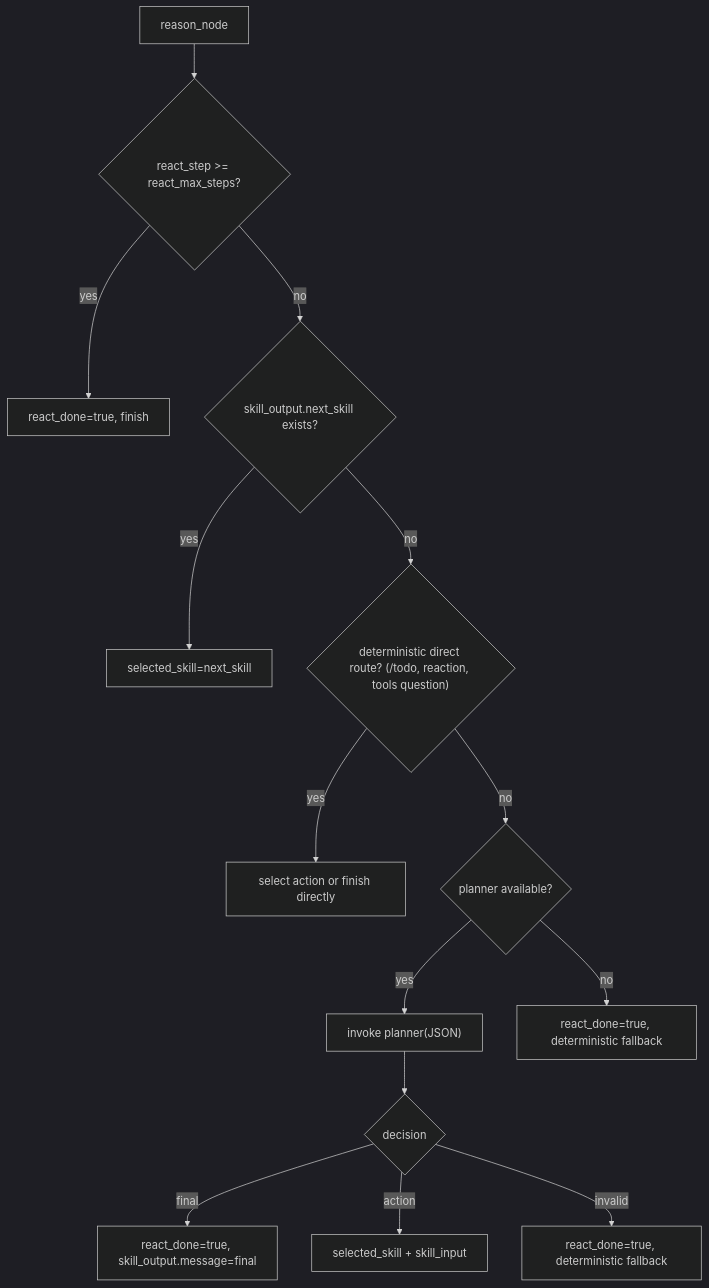
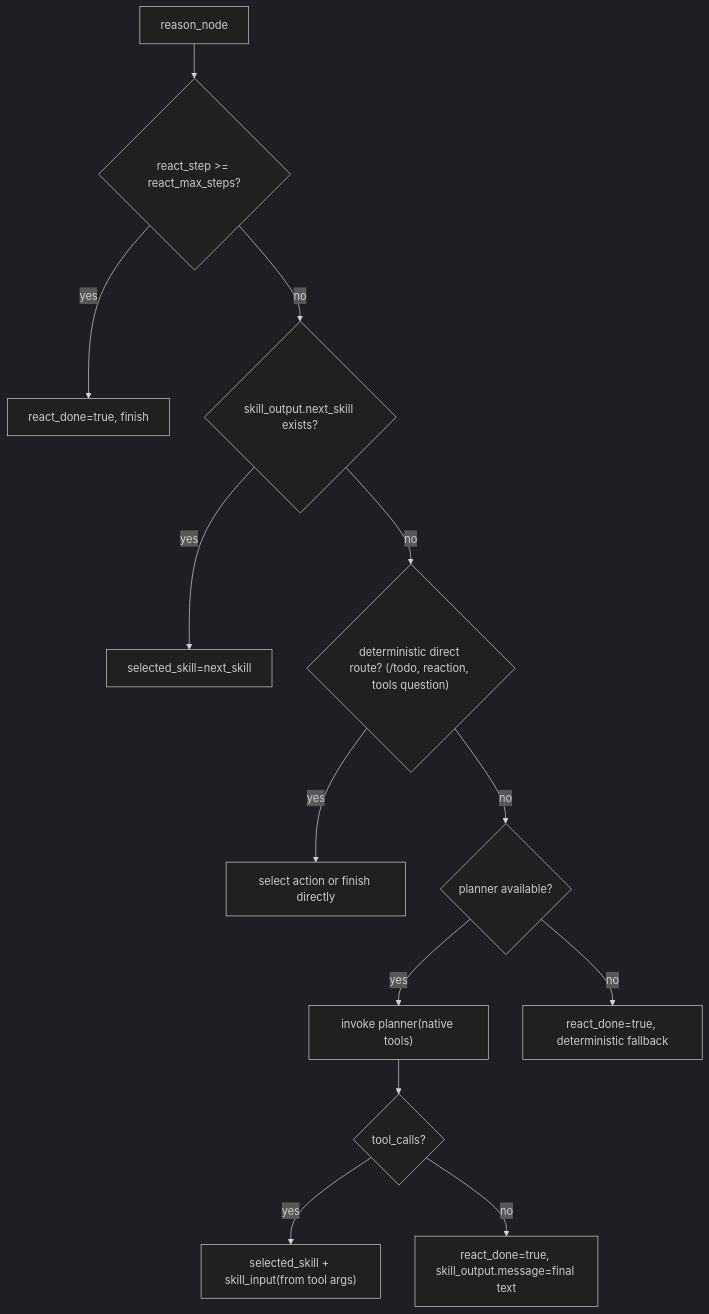
Before and after one commit to nigelleong0703/teambot: the second of 2 diagrams in docs/agent-core-algorithm.md, drawn with Mermaid (dark theme). The commit also changed other lines of this file and 15 other files, not shown here.

Commit message:
refactor: implement native model tool-calling path

````diff
--- a/docs/agent-core-algorithm.md
+++ b/docs/agent-core-algorithm.md
@@ -46,16 +46,15 @@
 ```mermaid
 flowchart TD
     R0["reason_node"] --> R1{"react_step >= react_max_steps?"}
     R1 -- "yes" --> R1D["react_done=true, finish"]
     R1 -- "no" --> R2{"skill_output.next_skill exists?"}
     R2 -- "yes" --> R2A["selected_skill=next_skill"]
     R2 -- "no" --> R3{"deterministic direct route? (/todo, reaction, tools question)"}
     R3 -- "yes" --> R3A["select action or finish directly"]
     R3 -- "no" --> R4{"planner available?"}
-    R4 -- "yes" --> R5["invoke planner(JSON)"]
-    R5 --> R6{"decision"}
-    R6 -- "final" --> R6A["react_done=true, skill_output.message=final"]
-    R6 -- "action" --> R6B["selected_skill + skill_input"]
-    R6 -- "invalid" --> R6C["react_done=true, deterministic fallback"]
+    R4 -- "yes" --> R5["invoke planner(native tools)"]
+    R5 --> R6{"tool_calls?"}
+    R6 -- "yes" --> R6B["selected_skill + skill_input(from tool args)"]
+    R6 -- "no" --> R6A["react_done=true, skill_output.message=final text"]
     R4 -- "no" --> R7["react_done=true, deterministic fallback"]
 ```
````
